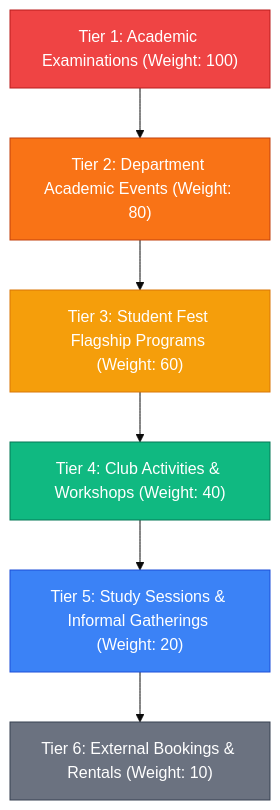
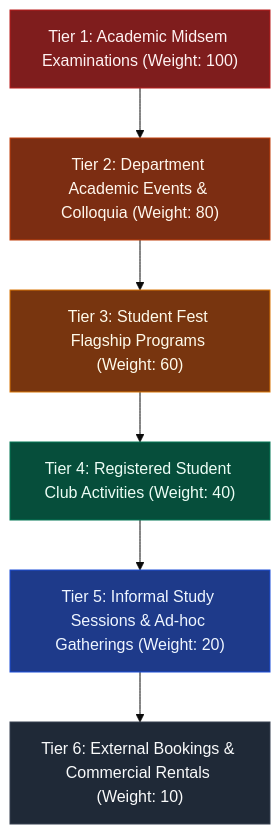
The sixth of 6 diagrams in README.md (Akshat-sin-official/TZ-Meru-Byte), drawn with Mermaid (base theme) before and after one commit. The commit also changed other lines of this file and 6 other files, not shown here.

````diff
--- a/README.md
+++ b/README.md
@@ -191,22 +224,25 @@
 ```mermaid
 graph TD
-    P1["Tier 1: Academic Examinations (Weight: 100)"] --> P2["Tier 2: Department Academic Events (Weight: 80)"]
-    P2 --> P3["Tier 3: Student Fest Flagship Programs (Weight: 60)"]
-    P3 --> P4["Tier 4: Club Activities & Workshops (Weight: 40)"]
-    P4 --> P5["Tier 5: Study Sessions & Informal Gatherings (Weight: 20)"]
-    P5 --> P6["Tier 6: External Bookings & Rentals (Weight: 10)"]
+    T1["Tier 1: Academic Midsem Examinations (Weight: 100)"]
+    T2["Tier 2: Department Academic Events & Colloquia (Weight: 80)"]
+    T3["Tier 3: Student Fest Flagship Programs (Weight: 60)"]
+    T4["Tier 4: Registered Student Club Activities (Weight: 40)"]
+    T5["Tier 5: Informal Study Sessions & Ad-hoc Gatherings (Weight: 20)"]
+    T6["Tier 6: External Bookings & Commercial Rentals (Weight: 10)"]
 
-    classDef t1 fill:#EF4444,stroke:#B91C1C,color:#fff;
-    classDef t2 fill:#F97316,stroke:#C2410C,color:#fff;
-    classDef t3 fill:#F59E0B,stroke:#D97706,color:#fff;
-    classDef t4 fill:#10B981,stroke:#047857,color:#fff;
-    classDef t5 fill:#3B82F6,stroke:#1D4ED8,color:#fff;
-    classDef t6 fill:#6B7280,stroke:#374151,color:#fff;
+    T1 --> T2 --> T3 --> T4 --> T5 --> T6
 
-    class P1 t1;
-    class P2 t2;
-    class P3 t3;
-    class P4 t4;
-    class P5 t5;
-    class P6 t6;
+    classDef t1 fill:#7f1d1d,stroke:#b91c1c,color:#fef2f2;
+    classDef t2 fill:#7c2d12,stroke:#c2410c,color:#fff7ed;
+    classDef t3 fill:#78350f,stroke:#d97706,color:#fffbeb;
+    classDef t4 fill:#064e3b,stroke:#047857,color:#ecfdf5;
+    classDef t5 fill:#1e3a8a,stroke:#1d4ed8,color:#eff6ff;
+    classDef t6 fill:#1f2937,stroke:#374151,color:#f9fafb;
+
+    class T1 t1;
+    class T2 t2;
+    class T3 t3;
+    class T4 t4;
+    class T5 t5;
+    class T6 t6;
 ```
````
